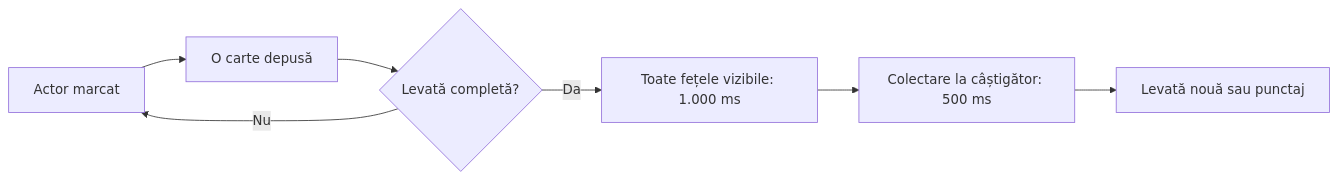
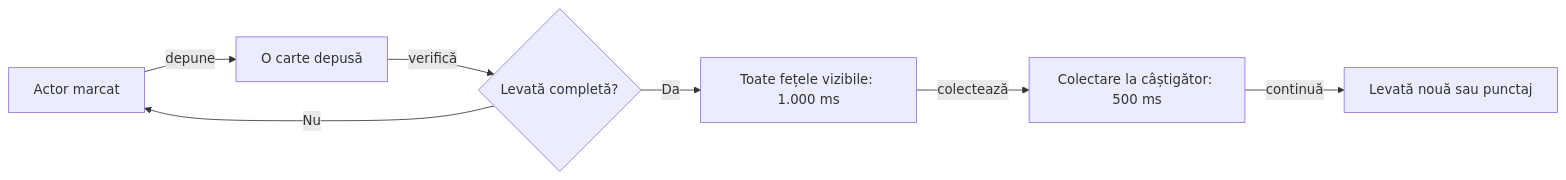
One commit to crististefanita/atf_j5 changed the third of 3 diagrams in atf-ui-browser/README.md. Above: the diagram before and after it, drawn with Mermaid. The commit also changed 2 other files, not shown here.

Commit message:
Keep settlement typography light and document semantic playback transitions

````diff
--- a/atf-ui-browser/README.md
+++ b/atf-ui-browser/README.md
@@ -97,9 +97,9 @@
 ```mermaid
 flowchart LR
-    A[Actor marcat] --> B[O carte depusă]
-    B --> C{Levată completă?}
+    A[Actor marcat] -->|depune| B[O carte depusă]
+    B -->|verifică| C{Levată completă?}
     C -->|Nu| A
     C -->|Da| D[Toate fețele vizibile: 1.000 ms]
-    D --> E[Colectare la câștigător: 500 ms]
-    E --> F[Levată nouă sau punctaj]
+    D -->|colectează| E[Colectare la câștigător: 500 ms]
+    E -->|continuă| F[Levată nouă sau punctaj]
 ```
````
